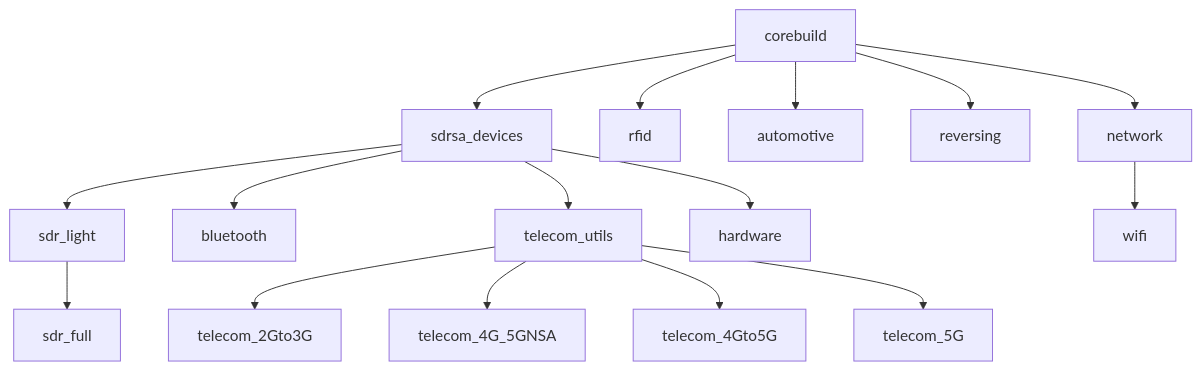
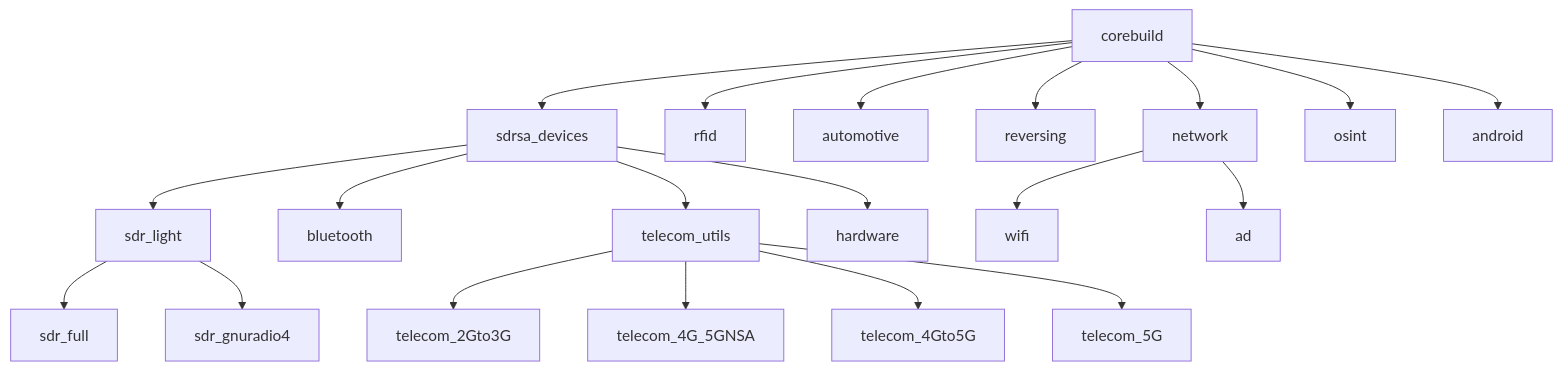
One commit to PentHertz/RF-Swift changed the diagram in README.md. Above: the diagram before and after it, drawn with Mermaid. The commit also changed other lines of this file, not shown here.

````diff
--- a/README.md
+++ b/README.md
@@ -181,18 +227,22 @@
 ```mermaid
 graph TD;
     A[corebuild]-->B[sdrsa_devices];
     A-->C[rfid];
     A-->D[automotive];
     A-->E[reversing];
     A-->H[network];
+    A-->T[osint];
+    A-->U[android];
     B-->I[sdr_light];
     B-->J[bluetooth];
     B-->K[telecom_utils];
     B-->L[hardware];
     H-->M[wifi];
+    H-->V[ad];
     I-->N[sdr_full];
+    I-->W[sdr_gnuradio4];
     K-->P[telecom_2Gto3G];
     K-->Q[telecom_4G_5GNSA];
     K-->R[telecom_4Gto5G];
     K-->S[telecom_5G];
 ```
````
